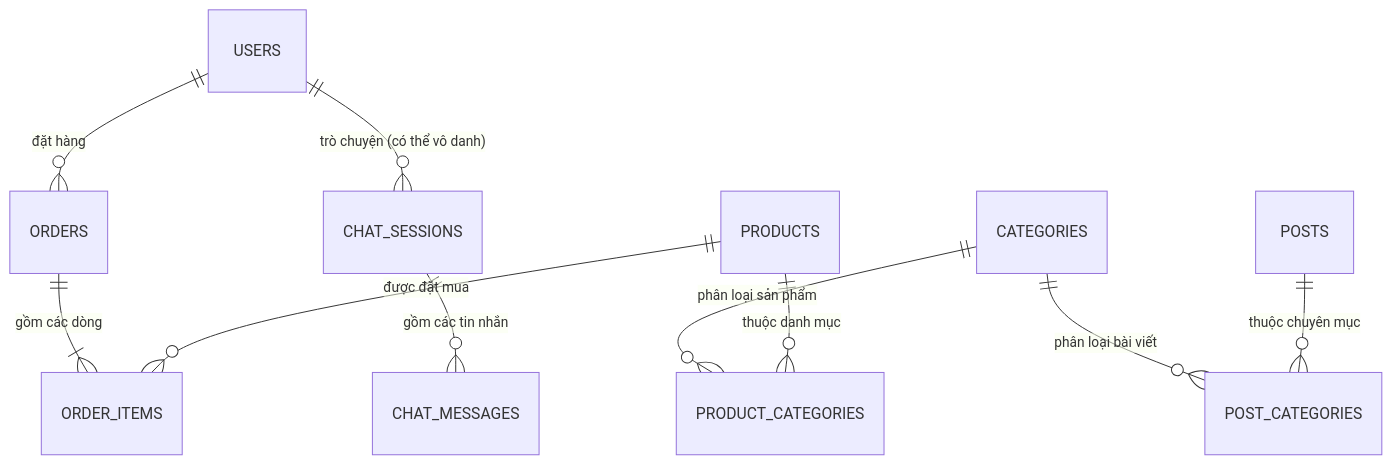
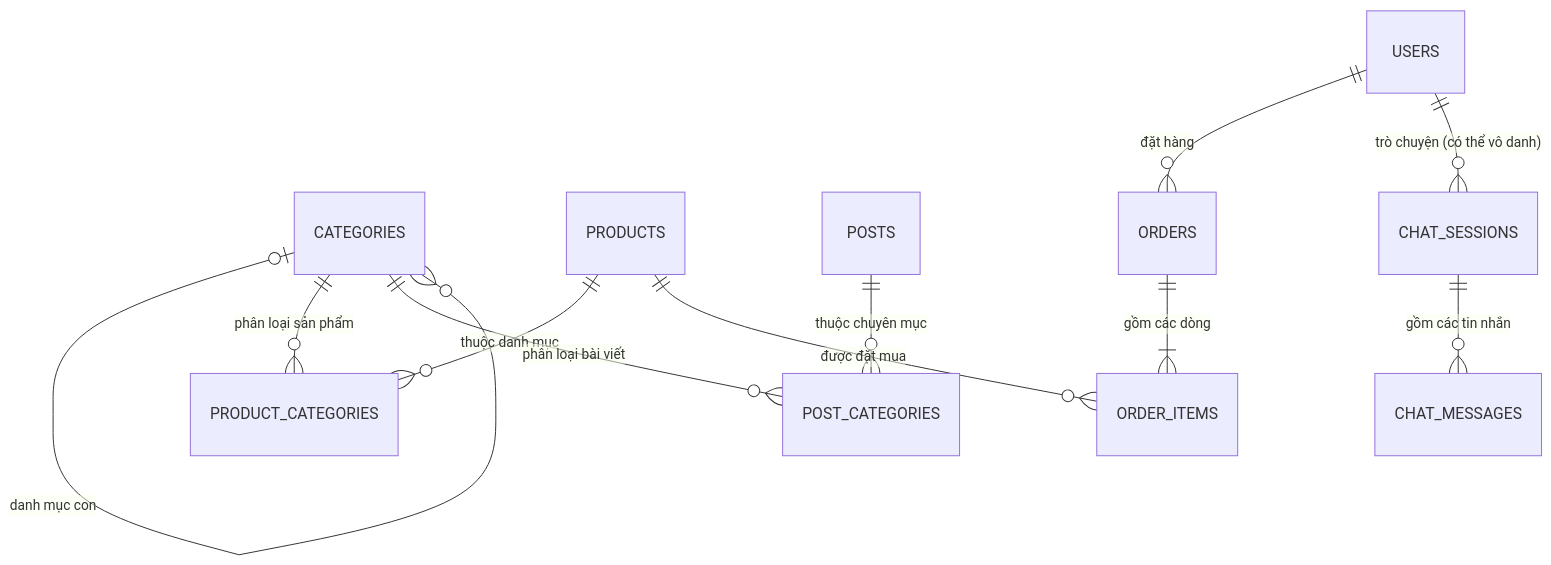
Before and after one commit to ngvuowng/doan: diagram 47 of 51 in docs/SRS.md, drawn with Mermaid. The commit also changed other lines of this file and 63 other files, not shown here.

First line of the commit message:
Thêm phân quyền nhân sự, hệ thống cửa hàng kèm phí giao hàng, trừ tồn kho và danh mục hai cấp

````diff
--- a/docs/SRS.md
+++ b/docs/SRS.md
@@ -2543,14 +2666,15 @@
 ```mermaid
 erDiagram
+    CATEGORIES |o--o{ CATEGORIES : "danh mục con"
     CATEGORIES ||--o{ PRODUCT_CATEGORIES : "phân loại sản phẩm"
     PRODUCTS   ||--o{ PRODUCT_CATEGORIES : "thuộc danh mục"
     CATEGORIES ||--o{ POST_CATEGORIES : "phân loại bài viết"
     POSTS      ||--o{ POST_CATEGORIES : "thuộc chuyên mục"
 
     USERS    ||--o{ ORDERS : "đặt hàng"
     ORDERS   ||--|{ ORDER_ITEMS : "gồm các dòng"
     PRODUCTS ||--o{ ORDER_ITEMS : "được đặt mua"
 
     USERS         ||--o{ CHAT_SESSIONS : "trò chuyện (có thể vô danh)"
     CHAT_SESSIONS ||--o{ CHAT_MESSAGES : "gồm các tin nhắn"
 ```
````
